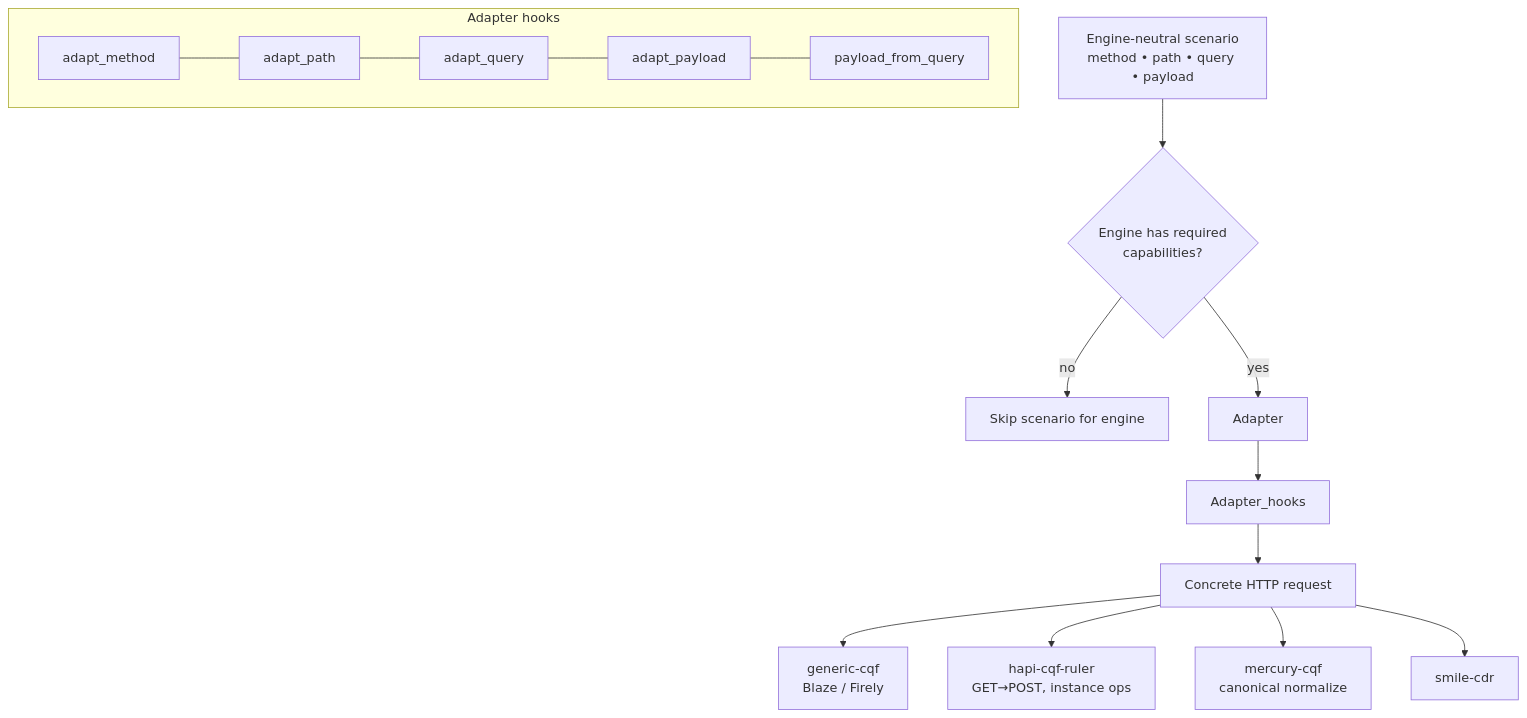
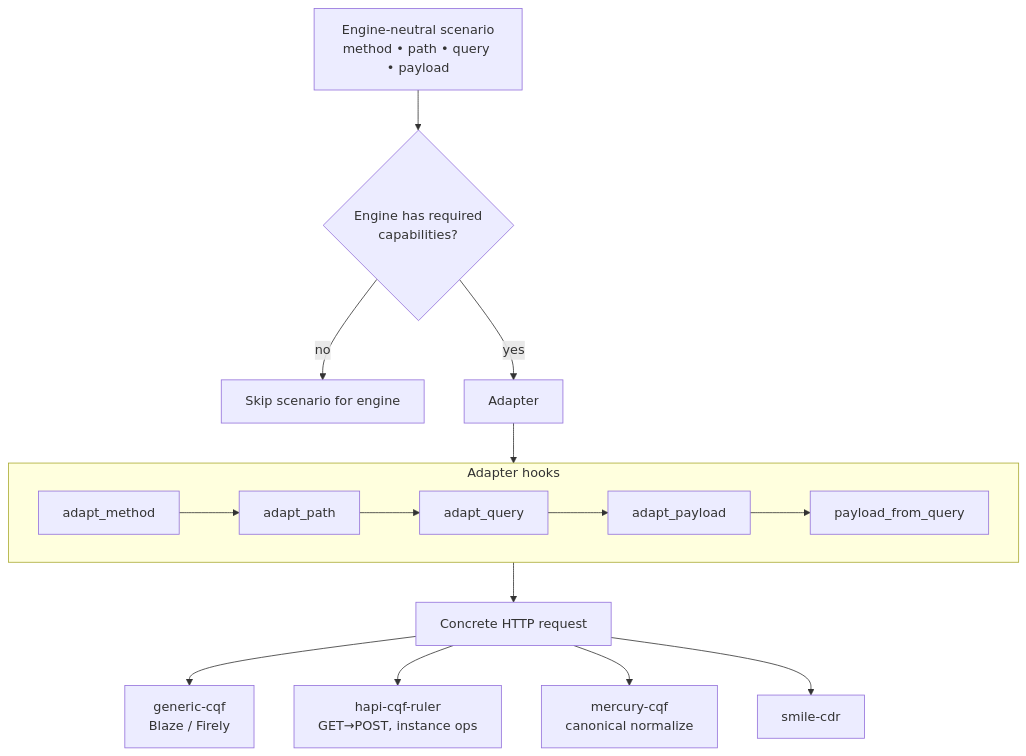
Before and after one commit to carreraGroup/cqf-bench: the second of 4 diagrams in docs-site/src/content/docs/diagrams.md, drawn with Mermaid. The commit also changed other lines of this file and 14 other files, not shown here.

First line of the commit message:
docs-site: landing page, engine guides, and Mermaid

````diff
--- a/docs-site/src/content/docs/diagrams.md
+++ b/docs-site/src/content/docs/diagrams.md
@@ -55,24 +49,22 @@
 ```mermaid
 flowchart TB
   SCEN[Engine-neutral scenario<br/>method • path • query • payload]
 
   SCEN --> CAP{Engine has required<br/>capabilities?}
   CAP -- no --> SKIP[Skip scenario for engine]
   CAP -- yes --> ADP[Adapter]
 
-  subgraph Adapter hooks
+  subgraph hooks [Adapter hooks]
     direction LR
-    AM[adapt_method] --- AP[adapt_path]
-    AP --- AQ[adapt_query]
-    AQ --- APL[adapt_payload]
-    APL --- PFQ[payload_from_query]
+    AM[adapt_method] --> AP[adapt_path] --> AQ[adapt_query]
+    AQ --> APL[adapt_payload] --> PFQ[payload_from_query]
   end
 
-  ADP --> Adapter_hooks
-  Adapter_hooks --> REQ[Concrete HTTP request]
+  ADP --> AM
+  PFQ --> REQ[Concrete HTTP request]
 
   REQ --> G[generic-cqf<br/>Blaze / Firely]
   REQ --> H[hapi-cqf-ruler<br/>GET→POST, instance ops]
   REQ --> M[mercury-cqf<br/>canonical normalize]
   REQ --> SM[smile-cdr]
 ```
````
